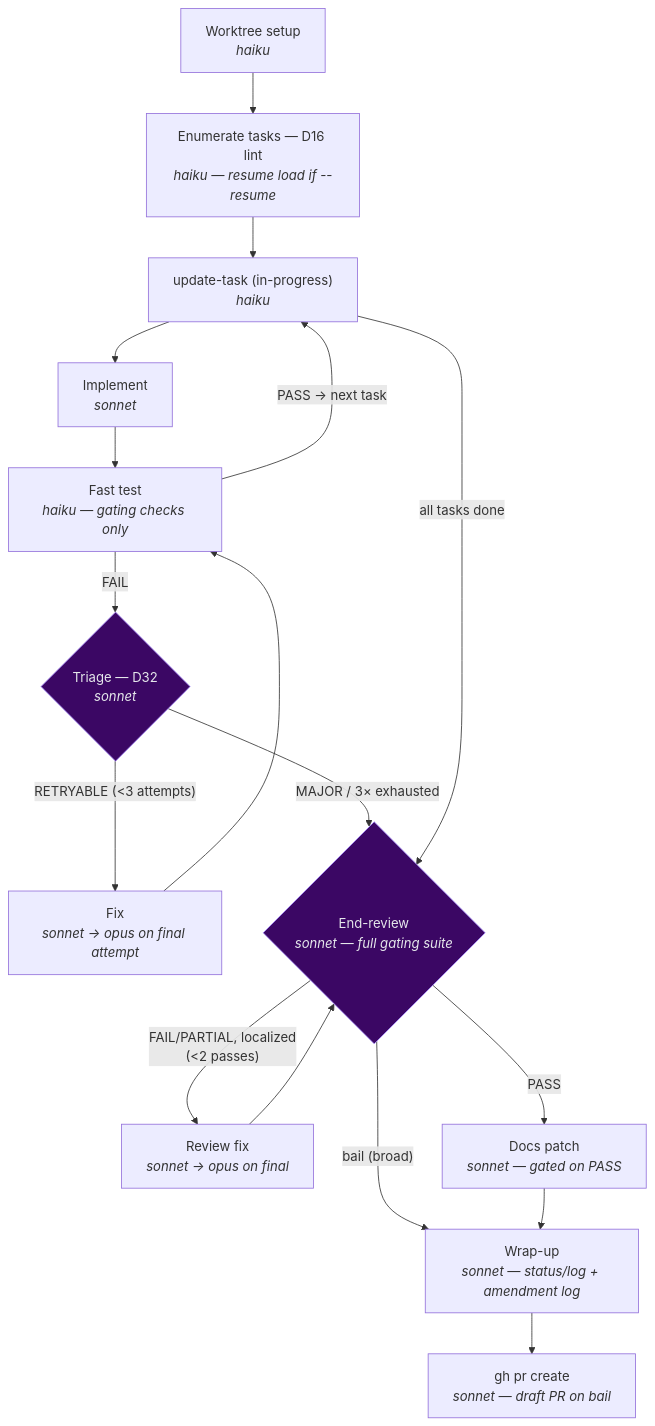
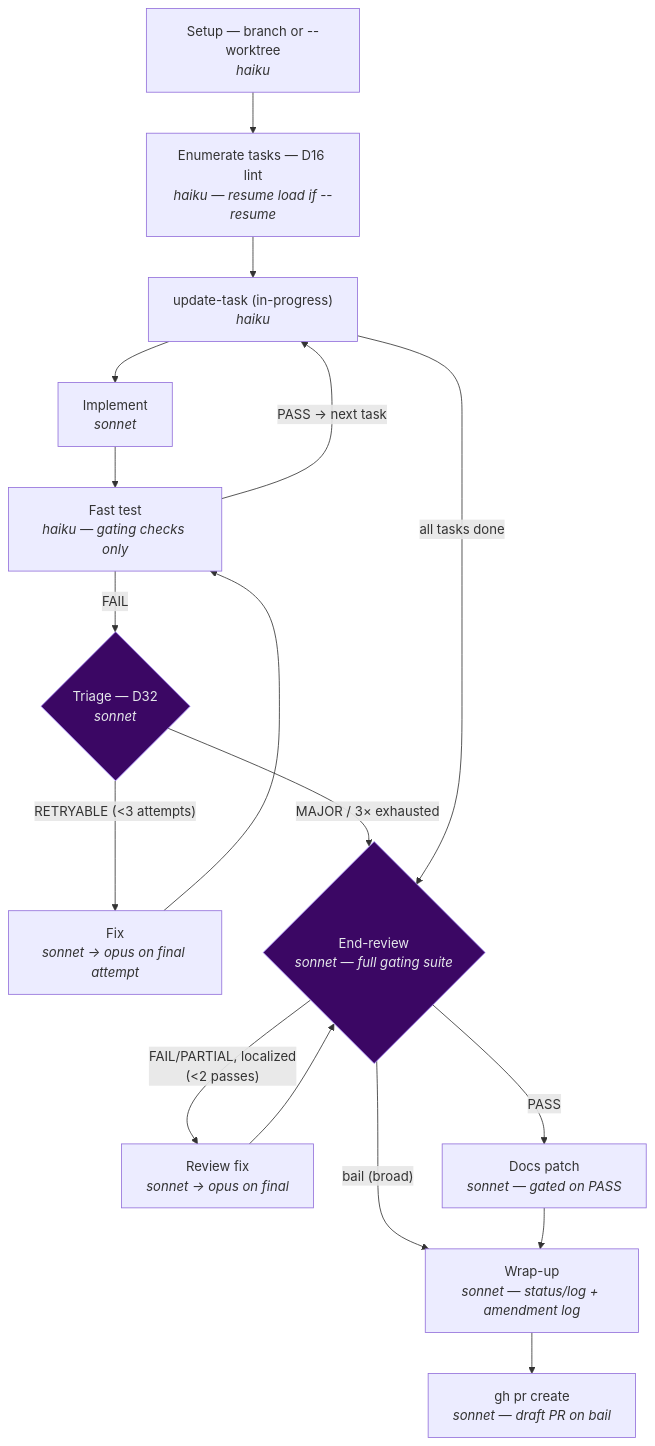
The diagram in docs/workflows/sdlc-flow.md (bredmond1019/agentic-base-template), drawn with Mermaid before and after one commit. The commit also changed other lines of this file and 14 other files, not shown here.

````diff
--- a/docs/workflows/sdlc-flow.md
+++ b/docs/workflows/sdlc-flow.md
@@ -60,22 +79,22 @@
 ```mermaid
 flowchart TD
-    Setup["Worktree setup<br/><i>haiku</i>"] --> Enumerate["Enumerate tasks — D16 lint<br/><i>haiku — resume load if --resume</i>"]
+    Setup["Setup — branch or --worktree<br/><i>haiku</i>"] --> Enumerate["Enumerate tasks — D16 lint<br/><i>haiku — resume load if --resume</i>"]
     Enumerate --> UpdateTask["update-task (in-progress)<br/><i>haiku</i>"]
     UpdateTask --> Implement["Implement<br/><i>sonnet</i>"]
     Implement --> FastTest["Fast test<br/><i>haiku — gating checks only</i>"]
     FastTest -- "FAIL" --> Triage{"Triage — D32<br/><i>sonnet</i>"}
     Triage -- "RETRYABLE (&lt;3 attempts)" --> Fix["Fix<br/><i>sonnet &rarr; opus on final attempt</i>"]
     Fix --> FastTest
     Triage -- "MAJOR / 3&times; exhausted" --> Review
     FastTest -- "PASS &rarr; next task" --> UpdateTask
     UpdateTask -- "all tasks done" --> Review{"End-review<br/><i>sonnet — full gating suite</i>"}
     Review -- "FAIL/PARTIAL, localized<br/>(&lt;2 passes)" --> ReviewFix["Review fix<br/><i>sonnet &rarr; opus on final</i>"]
     ReviewFix --> Review
     Review -- "PASS" --> Docs["Docs patch<br/><i>sonnet — gated on PASS</i>"]
     Review -- "bail (broad)" --> Wrapup["Wrap-up<br/><i>sonnet — status/log + amendment log</i>"]
     Docs --> Wrapup
     Wrapup --> PR["gh pr create<br/><i>sonnet — draft PR on bail</i>"]
 
     classDef gate fill:#3b0764,stroke:#a78bfa,color:#e5e7eb;
     class Review,Triage gate;
 ```
````
